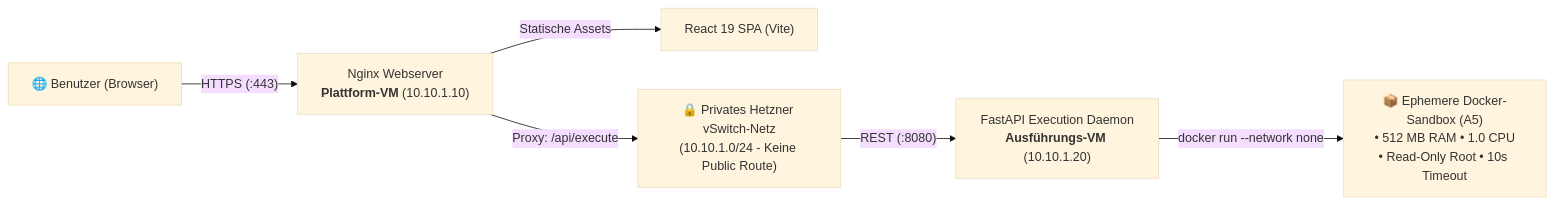
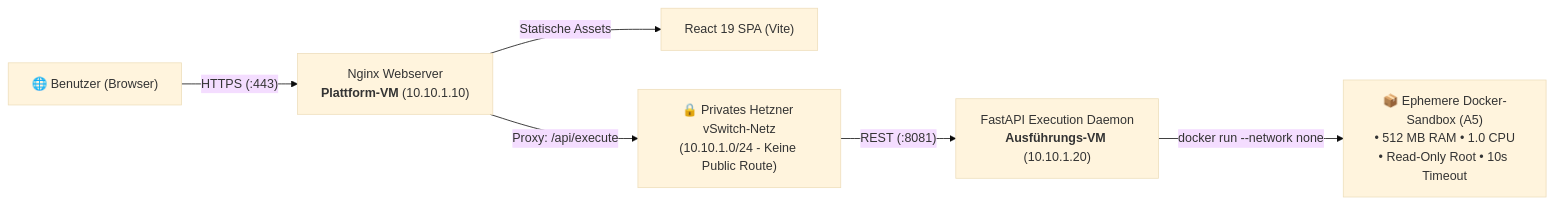
One commit to LadiciusDev/praxisarbeit-lernplattform changed the diagram in README.md. Above: the diagram before and after it, drawn with Mermaid (base theme). The commit also changed other lines of this file, not shown here.

Commit message:
updated text for current progress

````diff
--- a/README.md
+++ b/README.md
@@ -85,8 +85,8 @@
 ```mermaid
 flowchart LR
     User["🌐 Benutzer (Browser)"] -->|"HTTPS (:443)"| Nginx["Nginx Webserver<br/><b>Plattform-VM</b> (10.10.1.10)"]
     Nginx -->|"Statische Assets"| SPA["React 19 SPA (Vite)"]
     Nginx -->|"Proxy: /api/execute"| PrivateNet["🔒 Privates Hetzner vSwitch-Netz<br/>(10.10.1.0/24 - Keine Public Route)"]
-    PrivateNet -->|"REST (:8080)"| ExecDaemon["FastAPI Execution Daemon<br/><b>Ausführungs-VM</b> (10.10.1.20)"]
+    PrivateNet -->|"REST (:8081)"| ExecDaemon["FastAPI Execution Daemon<br/><b>Ausführungs-VM</b> (10.10.1.20)"]
     ExecDaemon -->|"docker run --network none"| Sandbox["📦 Ephemere Docker-Sandbox (A5)<br/>• 512 MB RAM • 1.0 CPU<br/>• Read-Only Root • 10s Timeout"]
 ```
````
